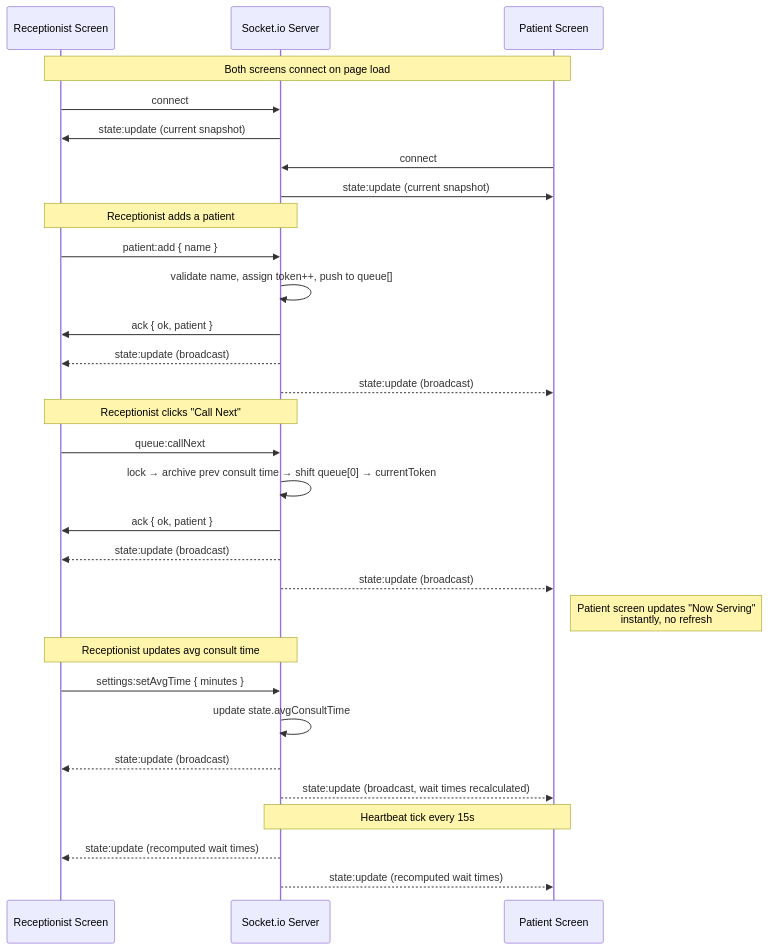
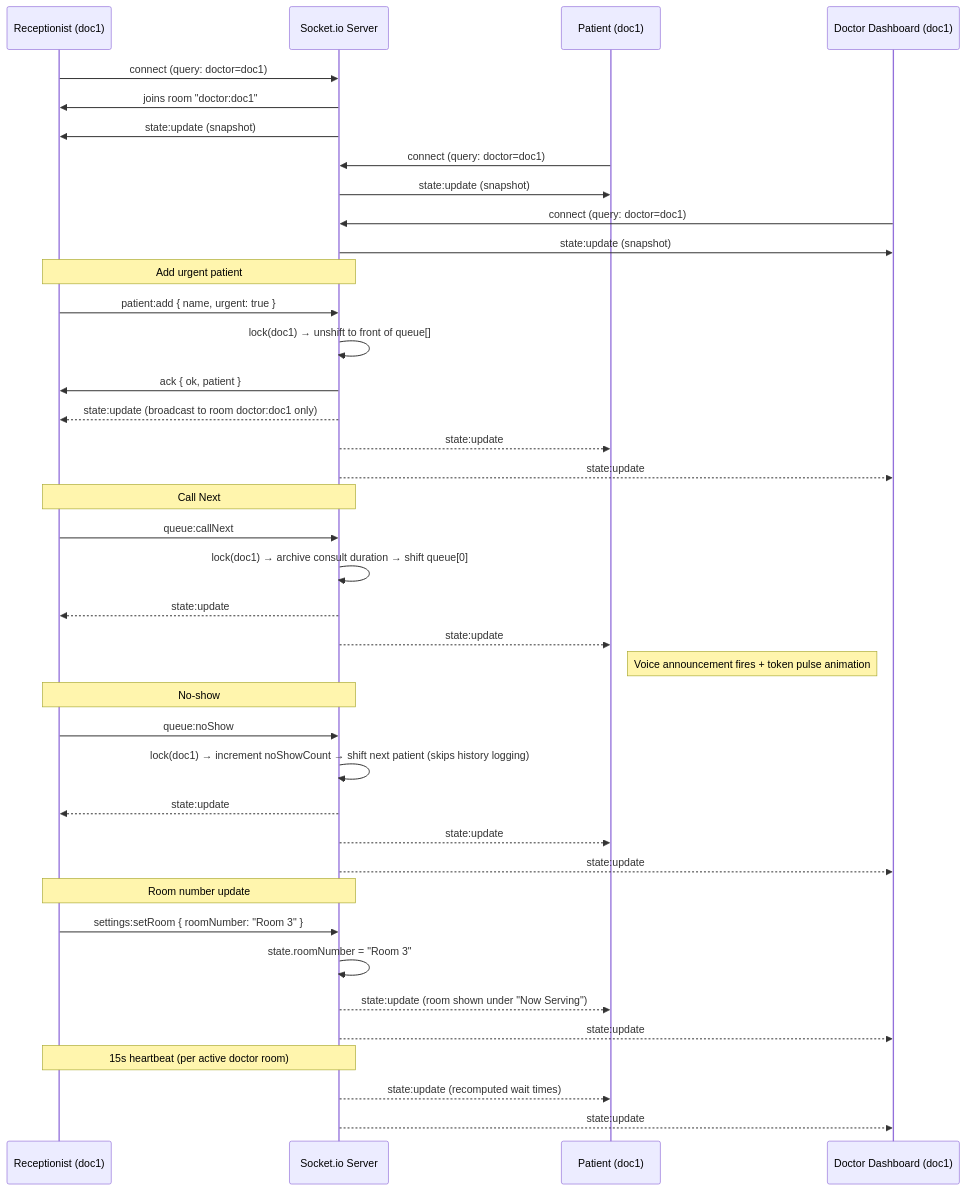
The diagram in docs/socket-event-diagram.md (Harsithask/queue-cure-26), drawn with Mermaid before and after one commit. The commit also changed other lines of this file, not shown here.

````diff
--- a/docs/socket-event-diagram.md
+++ b/docs/socket-event-diagram.md
@@ -29,37 +24,47 @@
 ```mermaid
 sequenceDiagram
-    participant R as Receptionist Screen
+    participant R as Receptionist (doc1)
     participant S as Socket.io Server
-    participant P as Patient Screen
+    participant P as Patient (doc1)
+    participant D as Doctor Dashboard (doc1)
 
-    Note over R,P: Both screens connect on page load
-    R->>S: connect
-    S->>R: state:update (current snapshot)
-    P->>S: connect
-    S->>P: state:update (current snapshot)
+    R->>S: connect (query: doctor=doc1)
+    S->>R: joins room "doctor:doc1"
+    S->>R: state:update (snapshot)
+    P->>S: connect (query: doctor=doc1)
+    S->>P: state:update (snapshot)
+    D->>S: connect (query: doctor=doc1)
+    S->>D: state:update (snapshot)
 
-    Note over R,S: Receptionist adds a patient
-    R->>S: patient:add { name }
-    S->>S: validate name, assign token++, push to queue[]
+    Note over R,S: Add urgent patient
+    R->>S: patient:add { name, urgent: true }
+    S->>S: lock(doc1) → unshift to front of queue[]
     S->>R: ack { ok, patient }
-    S-->>R: state:update (broadcast)
-    S-->>P: state:update (broadcast)
+    S-->>R: state:update (broadcast to room doctor:doc1 only)
+    S-->>P: state:update
+    S-->>D: state:update
 
-    Note over R,S: Receptionist clicks "Call Next"
+    Note over R,S: Call Next
     R->>S: queue:callNext
-    S->>S: lock → archive prev consult time → shift queue[0] → currentToken
-    S->>R: ack { ok, patient }
-    S-->>R: state:update (broadcast)
-    S-->>P: state:update (broadcast)
-    Note right of P: Patient screen updates "Now Serving"<br/>instantly, no refresh
+    S->>S: lock(doc1) → archive consult duration → shift queue[0]
+    S-->>R: state:update
+    S-->>P: state:update
+    Note right of P: Voice announcement fires + token pulse animation
 
-    Note over R,S: Receptionist updates avg consult time
-    R->>S: settings:setAvgTime { minutes }
-    S->>S: update state.avgConsultTime
-    S-->>R: state:update (broadcast)
-    S-->>P: state:update (broadcast, wait times recalculated)
+    Note over R,S: No-show
+    R->>S: queue:noShow
+    S->>S: lock(doc1) → increment noShowCount → shift next patient (skips history logging)
+    S-->>R: state:update
+    S-->>P: state:update
+    S-->>D: state:update
 
-    Note over S,P: Heartbeat tick every 15s
-    S-->>R: state:update (recomputed wait times)
+    Note over R,S: Room number update
+    R->>S: settings:setRoom { roomNumber: "Room 3" }
+    S->>S: state.roomNumber = "Room 3"
+    S-->>P: state:update (room shown under "Now Serving")
+    S-->>D: state:update
+
+    Note over R,S: 15s heartbeat (per active doctor room)
     S-->>P: state:update (recomputed wait times)
+    S-->>D: state:update
 ```
````
